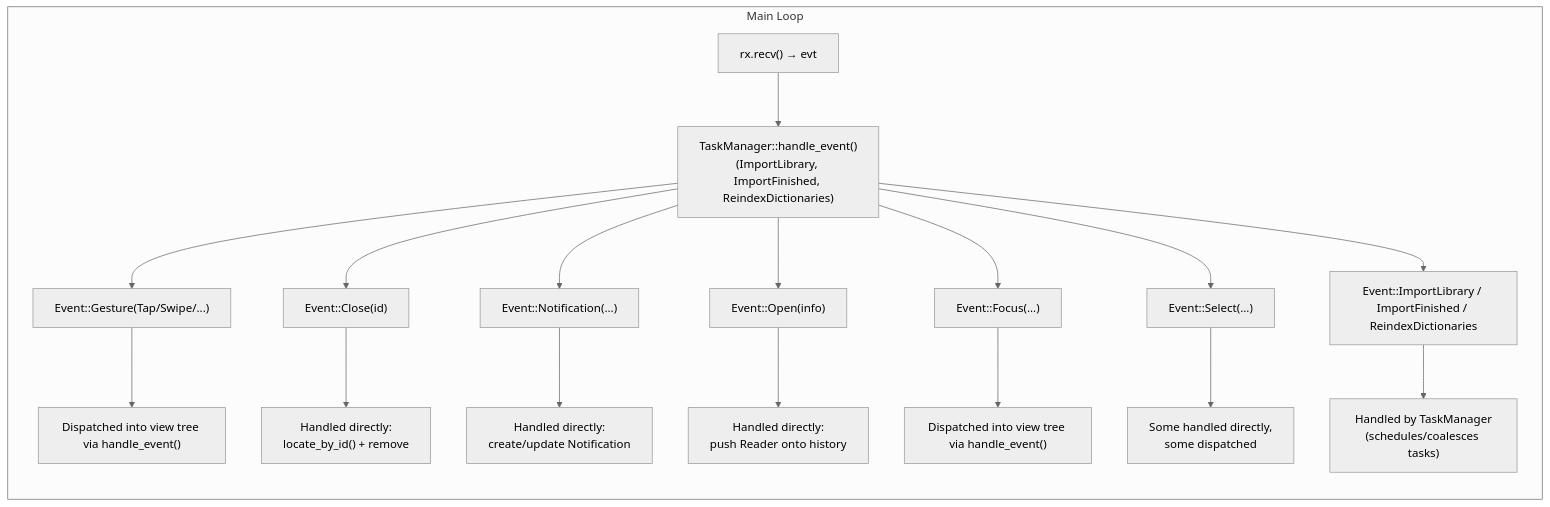
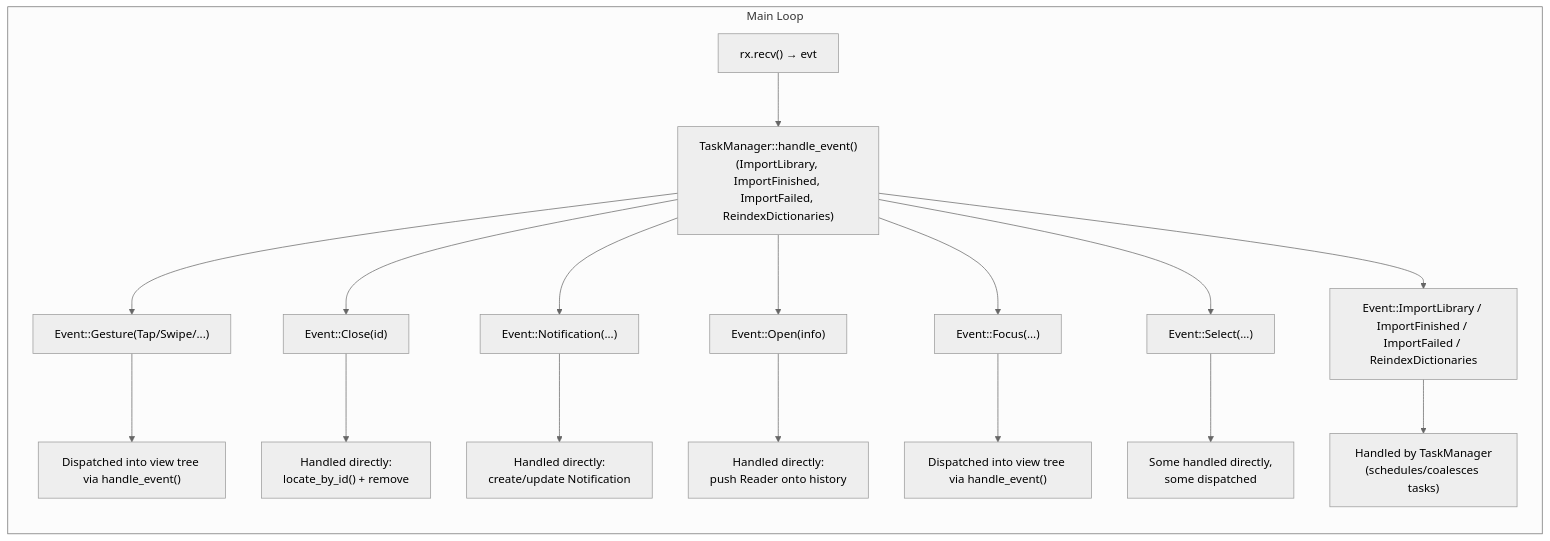
The fourth of 7 diagrams in docs/src/contributing/event-system.md (OGKevin/cadmus), drawn with Mermaid (neutral theme) before and after one commit. The commit also changed other lines of this file and 7 other files, not shown here.

First line of the commit message:
fix(library): announce import only when it completes

````diff
--- a/docs/src/contributing/event-system.md
+++ b/docs/src/contributing/event-system.md
@@ -177,47 +177,47 @@
 ```mermaid
 flowchart TB
     subgraph MainLoop["Main Loop"]
         direction TB
 
         Recv["rx.recv() → evt"]
-        TaskManager["TaskManager::handle_event()<br/>(ImportLibrary, ImportFinished, ReindexDictionaries)"]
+        TaskManager["TaskManager::handle_event()<br/>(ImportLibrary, ImportFinished, ImportFailed, ReindexDictionaries)"]
 
         Gesture["Event::Gesture(Tap/Swipe/...)"]
         GestureAction["Dispatched into view tree via handle_event()"]
 
         Close["Event::Close(id)"]
         CloseAction["Handled directly:<br/>locate_by_id() + remove"]
 
         Notification["Event::Notification(...)"]
         NotificationAction["Handled directly:<br/>create/update Notification"]
 
         Open["Event::Open(info)"]
         OpenAction["Handled directly:<br/>push Reader onto history"]
 
         Focus["Event::Focus(...)"]
         FocusAction["Dispatched into view tree via handle_event()"]
 
         Select["Event::Select(...)"]
         SelectAction["Some handled directly,<br/>some dispatched"]
 
-        ImportLibrary["Event::ImportLibrary / ImportFinished / ReindexDictionaries"]
+        ImportLibrary["Event::ImportLibrary / ImportFinished / ImportFailed / ReindexDictionaries"]
         ImportAction["Handled by TaskManager<br/>(schedules/coalesces tasks)"]
 
         Recv --> TaskManager
         TaskManager --> Gesture
         TaskManager --> Close
         TaskManager --> Notification
         TaskManager --> Open
         TaskManager --> Focus
         TaskManager --> Select
         TaskManager --> ImportLibrary
 
         Gesture --> GestureAction
         Close --> CloseAction
         Notification --> NotificationAction
         Open --> OpenAction
         Focus --> FocusAction
         Select --> SelectAction
         ImportLibrary --> ImportAction
     end
 ```
````
